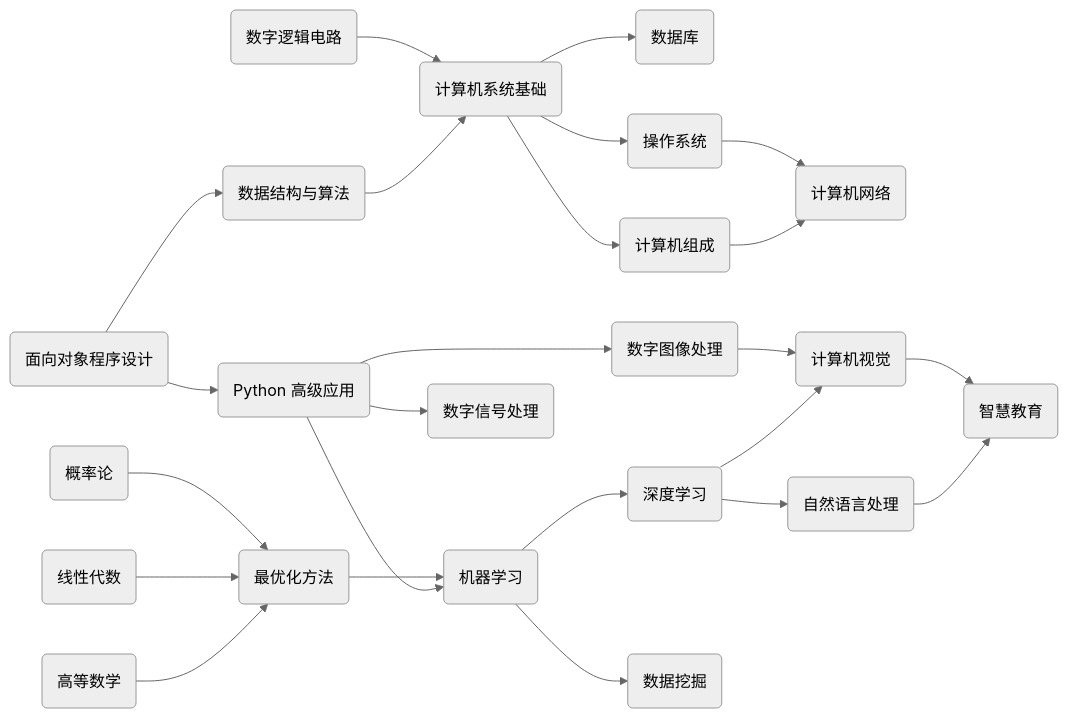
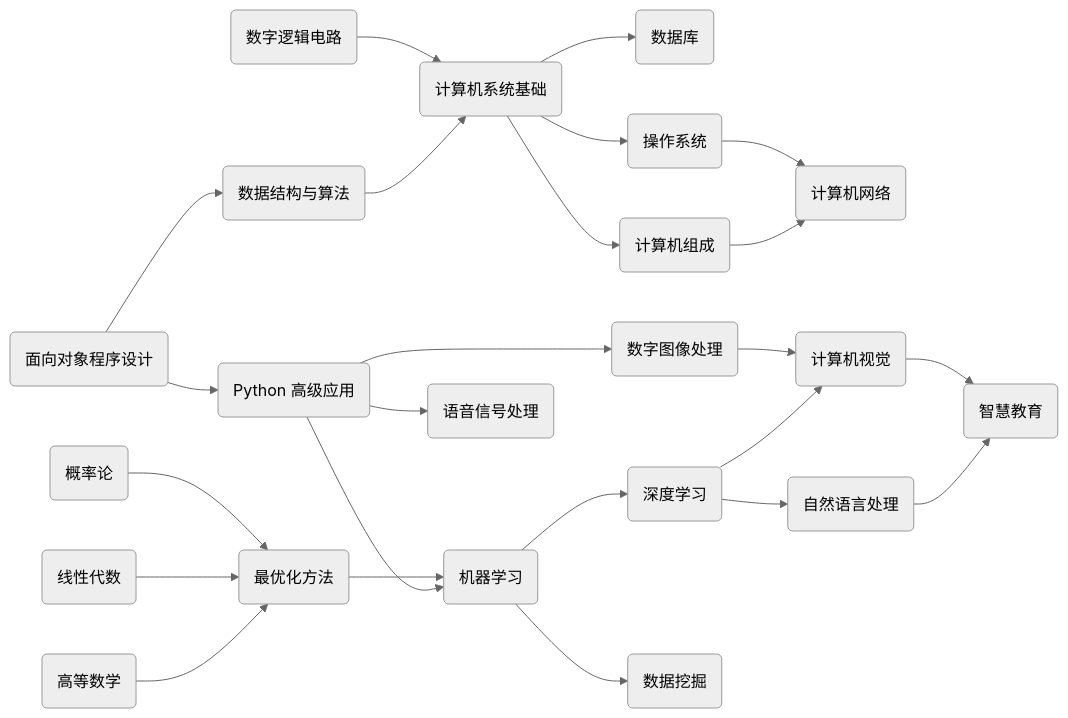
The first of 2 diagrams in README.md (Explorer-Dong/explorer-dong.github.io), drawn with Mermaid (neutral theme) before and after one commit. The commit also changed 10 other files, not shown here.

````diff
--- a/README.md
+++ b/README.md
@@ -16,37 +16,37 @@
 ```mermaid
 flowchart LR
     面向对象程序设计(面向对象程序设计)
     数据结构与算法(数据结构与算法)
     数字逻辑电路(数字逻辑电路)
     计算机系统基础(计算机系统基础)
     数据库(数据库)
     操作系统(操作系统)
     计算机组成(计算机组成)
     计算机网络(计算机网络)
 
     面向对象程序设计 --> 数据结构与算法 --> 计算机系统基础
     数字逻辑电路 --> 计算机系统基础 --> 数据库 & 操作系统 & 计算机组成
     计算机组成 & 操作系统 --> 计算机网络
 
     Python高级应用(Python 高级应用)
     数字图像处理(数字图像处理)
     机器学习(机器学习)
     深度学习(深度学习)
     数据挖掘(数据挖掘)
     自然语言处理(自然语言处理)
     计算机视觉(计算机视觉)
-    数字信号处理(数字信号处理)
+    语音信号处理(语音信号处理)
     智慧教育(智慧教育)
 
-    Python高级应用 --> 数字图像处理 & 数字信号处理 & 机器学习
+    Python高级应用 --> 数字图像处理 & 语音信号处理 & 机器学习
     机器学习 --> 数据挖掘 & 深度学习
     深度学习 --> 自然语言处理 & 计算机视觉 --> 智慧教育
     数字图像处理 --> 计算机视觉
 
     高等数学(高等数学)
     线性代数(线性代数)
     概率论(概率论)
     最优化方法(最优化方法)
     高等数学 & 线性代数 & 概率论 --> 最优化方法 --> 机器学习
     面向对象程序设计 --> Python高级应用
 ```
````
